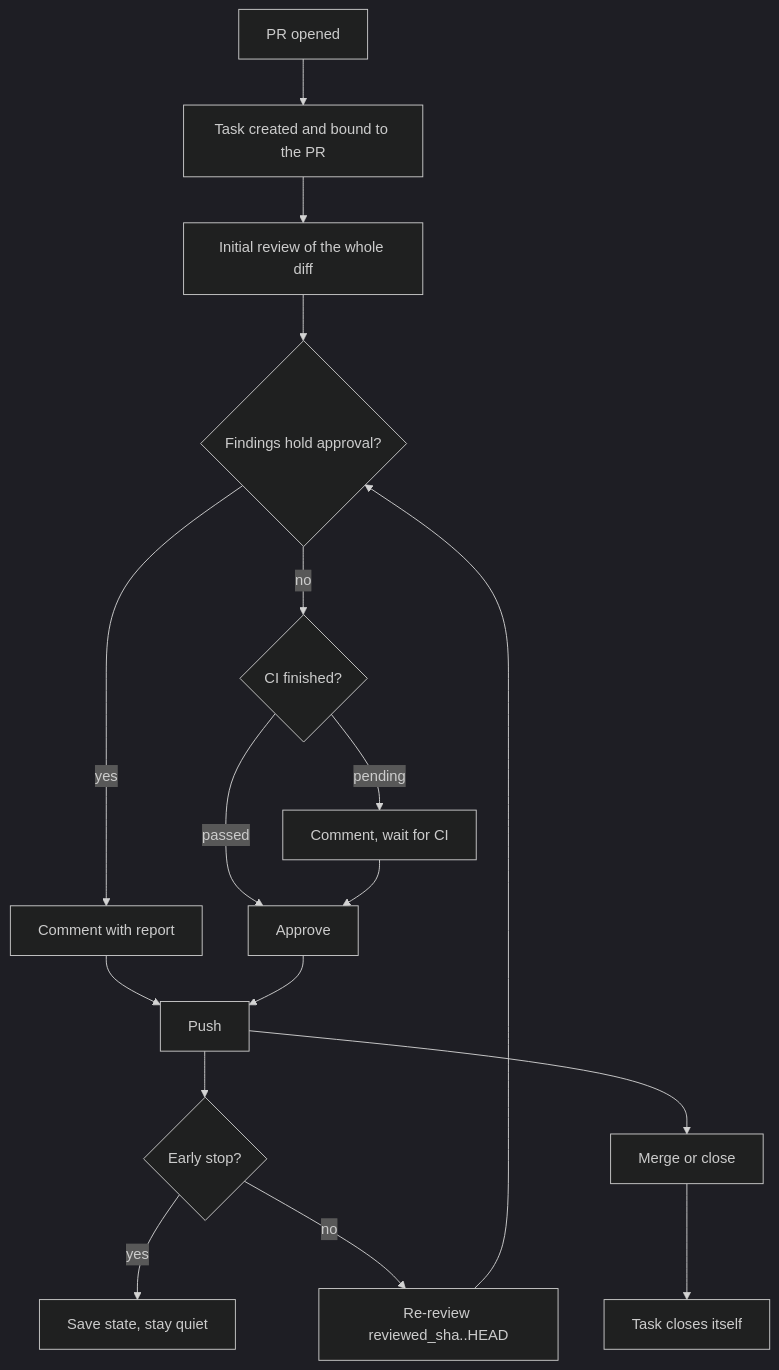
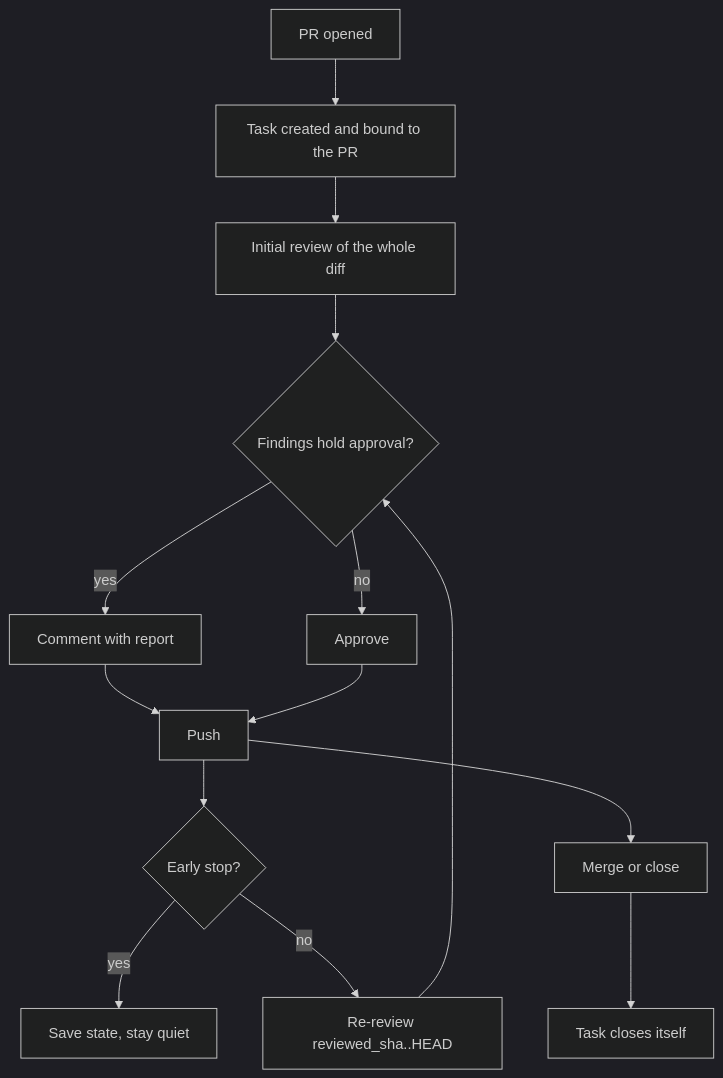
The diagram in docs/use-cases/pr-reviews.md (aorwall/moatless), drawn with Mermaid (dark theme) before and after one commit. The commit also changed other lines of this file and 9 other files, not shown here.

````diff
--- a/docs/use-cases/pr-reviews.md
+++ b/docs/use-cases/pr-reviews.md
@@ -67,19 +67,16 @@
 ```mermaid
 flowchart TD
   A[PR opened] --> B[Task created and bound to the PR]
   B --> C[Initial review of the whole diff]
   C --> D{Findings hold approval?}
   D -- yes --> E[Comment with report]
-  D -- no --> F{CI finished?}
-  F -- passed --> G[Approve]
-  F -- pending --> H[Comment, wait for CI]
-  H --> G
+  D -- no --> G[Approve]
   E --> I[Push]
   G --> I
   I --> J{Early stop?}
   J -- yes --> K[Save state, stay quiet]
   J -- no --> L[Re-review reviewed_sha..HEAD]
   L --> D
   I --> M[Merge or close]
   M --> N[Task closes itself]
 ```
````
